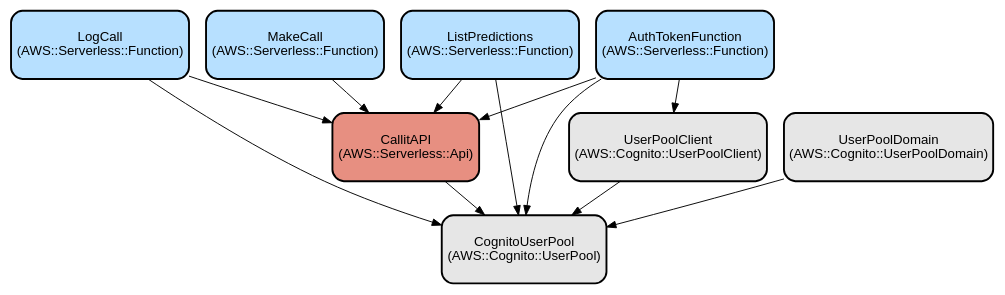
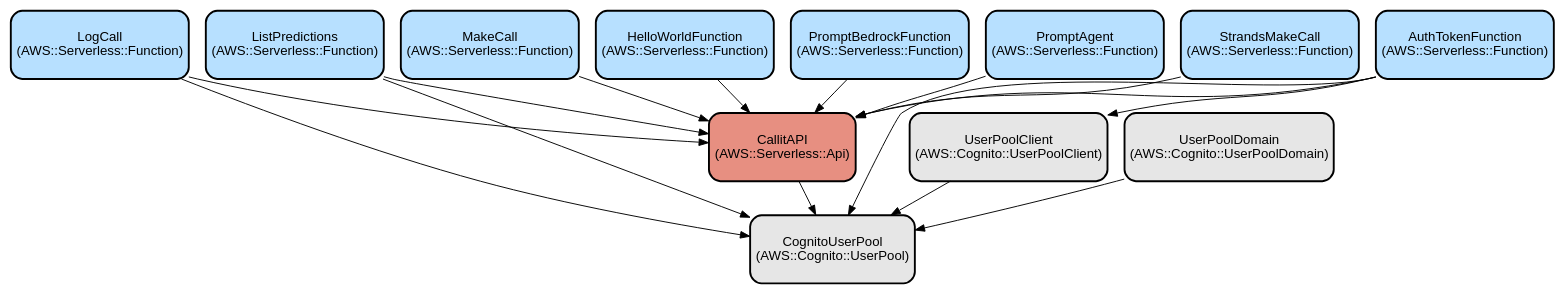
The diagram in docs/infra.dot (dimafarer/calledit), drawn with Graphviz before and after one commit. The commit also changed 2 other files, not shown here.

```diff
--- a/docs/infra.dot
+++ b/docs/infra.dot
@@ -1,30 +1,42 @@
 digraph INFRA {
   node [ color = "black", fillcolor = "#E6E6E6", height =1, style = "filled,bold,rounded", fontname = "Arial" ];
   "CallitAPI" [ label = "CallitAPI
 (AWS::Serverless::Api)", shape =rectangle, fillcolor = "#E78F81" ];
+  "HelloWorldFunction" [ label = "HelloWorldFunction
+(AWS::Serverless::Function)", shape =rectangle, fillcolor = "#B7E0FF" ];
+  "PromptBedrockFunction" [ label = "PromptBedrockFunction
+(AWS::Serverless::Function)", shape =rectangle, fillcolor = "#B7E0FF" ];
+  "PromptAgent" [ label = "PromptAgent
+(AWS::Serverless::Function)", shape =rectangle, fillcolor = "#B7E0FF" ];
+  "StrandsMakeCall" [ label = "StrandsMakeCall
+(AWS::Serverless::Function)", shape =rectangle, fillcolor = "#B7E0FF" ];
   "MakeCall" [ label = "MakeCall
 (AWS::Serverless::Function)", shape =rectangle, fillcolor = "#B7E0FF" ];
   "LogCall" [ label = "LogCall
 (AWS::Serverless::Function)", shape =rectangle, fillcolor = "#B7E0FF" ];
   "ListPredictions" [ label = "ListPredictions
 (AWS::Serverless::Function)", shape =rectangle, fillcolor = "#B7E0FF" ];
   "AuthTokenFunction" [ label = "AuthTokenFunction
 (AWS::Serverless::Function)", shape =rectangle, fillcolor = "#B7E0FF" ];
   "CognitoUserPool" [ label = "CognitoUserPool
 (AWS::Cognito::UserPool)", shape =rectangle ];
   "UserPoolClient" [ label = "UserPoolClient
 (AWS::Cognito::UserPoolClient)", shape =rectangle ];
   "UserPoolDomain" [ label = "UserPoolDomain
 (AWS::Cognito::UserPoolDomain)", shape =rectangle ];
   "CallitAPI" -> "CognitoUserPool";
+  "HelloWorldFunction" -> "CallitAPI";
+  "PromptBedrockFunction" -> "CallitAPI";
+  "PromptAgent" -> "CallitAPI";
+  "StrandsMakeCall" -> "CallitAPI";
   "MakeCall" -> "CallitAPI";
   "LogCall" -> "CallitAPI";
   "LogCall" -> "CognitoUserPool";
   "ListPredictions" -> "CallitAPI";
   "ListPredictions" -> "CognitoUserPool";
   "AuthTokenFunction" -> "CallitAPI";
   "AuthTokenFunction" -> "CognitoUserPool";
   "AuthTokenFunction" -> "UserPoolClient";
   "UserPoolClient" -> "CognitoUserPool";
   "UserPoolDomain" -> "CognitoUserPool";
 }
```
